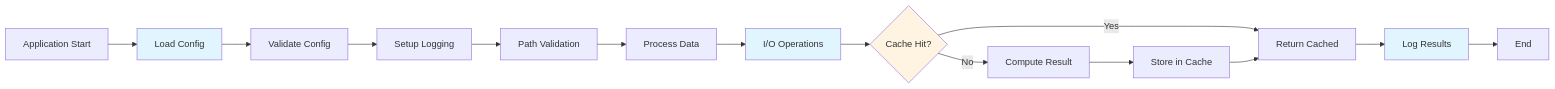
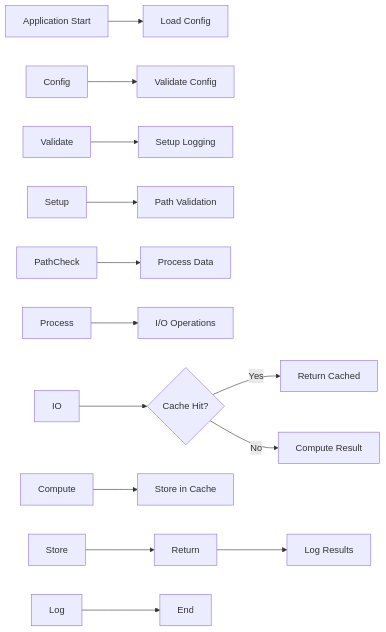
Before and after one commit to docxology/MetaInformAnt: the second of 7 diagrams in src/metainformant/core/README.md, drawn with Mermaid. The commit also changed other lines of this file and 611 other files, not shown here.

````diff
--- a/src/metainformant/core/README.md
+++ b/src/metainformant/core/README.md
@@ -74,21 +74,17 @@
 ```mermaid
 flowchart LR
-    Start[Application Start] --> Config[Load Config]
-    Config --> Validate[Validate Config]
-    Validate --> Setup[Setup Logging]
-    Setup --> PathCheck[Path Validation]
-    PathCheck --> Process[Process Data]
-    Process --> IO[I/O Operations]
+    StartapplicationStart[Application Start] --> ConfigloadConfig[Load Config]
+    Config --> ValidatevalidateConfig[Validate Config]
+    Validate --> SetupsetupLogging[Setup Logging]
+    Setup --> PathCheckpathValidation[Path Validation]
+    PathCheck --> ProcessprocessData[Process Data]
+    Process --> IOi/oOperations[I/O Operations]
     IO --> Cache{Cache Hit?}
-    Cache -->|Yes| Return[Return Cached]
-    Cache -->|No| Compute[Compute Result]
-    Compute --> Store[Store in Cache]
+    Cache -->|Yes| ReturnreturnCached[Return Cached]
+    Cache -->|No| ComputecomputeResult[Compute Result]
+    Compute --> StorestoreInCache[Store in Cache]
     Store --> Return
-    Return --> Log[Log Results]
+    Return --> LoglogResults[Log Results]
     Log --> End[End]
     
-    style Config fill:#e1f5ff
-    style IO fill:#e1f5ff
-    style Log fill:#e1f5ff
-    style Cache fill:#fff4e1
 ```
````
